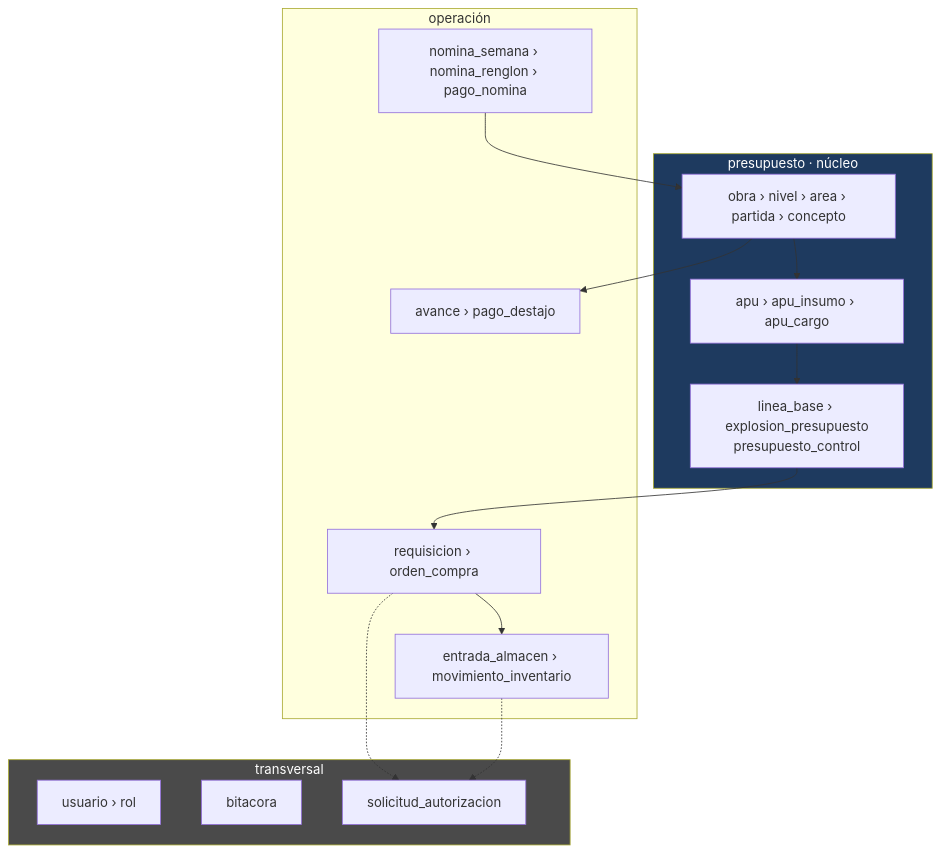
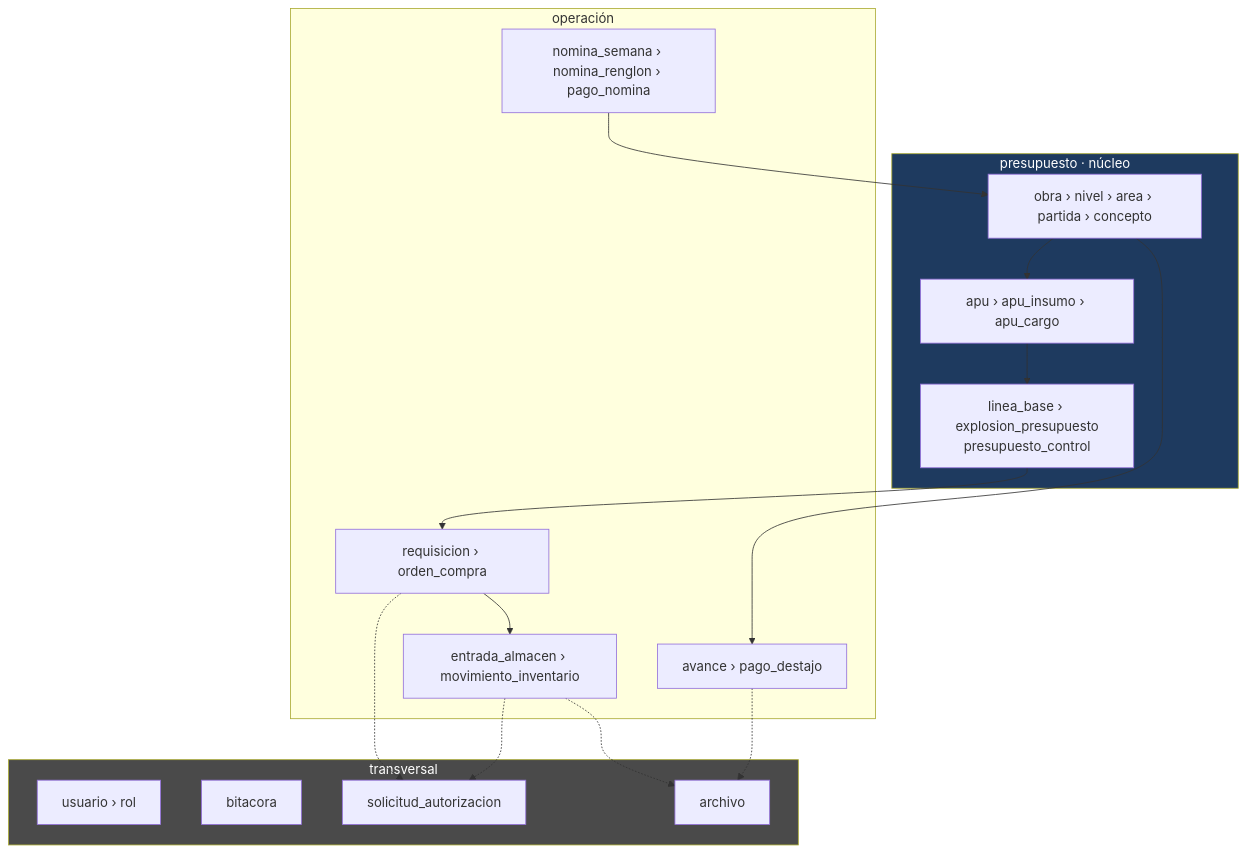
The first of 16 diagrams in docs/03-modelo-datos.md (FranciscoRodSilva/IA4Devs-Proyecto-Final), drawn with Mermaid before and after one commit. The commit also changed other lines of this file and 12 other files, not shown here.

````diff
--- a/docs/03-modelo-datos.md
+++ b/docs/03-modelo-datos.md
@@ -65,31 +66,34 @@
 ```mermaid
 graph TB
     subgraph NUC["presupuesto · núcleo"]
         OBRA["obra › nivel › area › partida › concepto"]
         APU["apu › apu_insumo › apu_cargo"]
         LB["linea_base › explosion_presupuesto<br/>presupuesto_control"]
     end
 
     subgraph OPE["operación"]
         CMP["requisicion › orden_compra"]
         ALM["entrada_almacen › movimiento_inventario"]
         AVA["avance › pago_destajo"]
         PER["nomina_semana › nomina_renglon › pago_nomina"]
     end
 
     subgraph TRA["transversal"]
         IDE["usuario › rol"]
         BIT["bitacora"]
         AUT["solicitud_autorizacion"]
+        ARC["archivo"]
     end
 
     OBRA --> APU --> LB
     LB --> CMP --> ALM
     OBRA --> AVA
     PER --> OBRA
     CMP -.-> AUT
     ALM -.-> AUT
+    ALM -.-> ARC
+    AVA -.-> ARC
 
     style NUC fill:#1e3a5f,color:#fff
     style TRA fill:#4a4a4a,color:#fff
 ```
````
